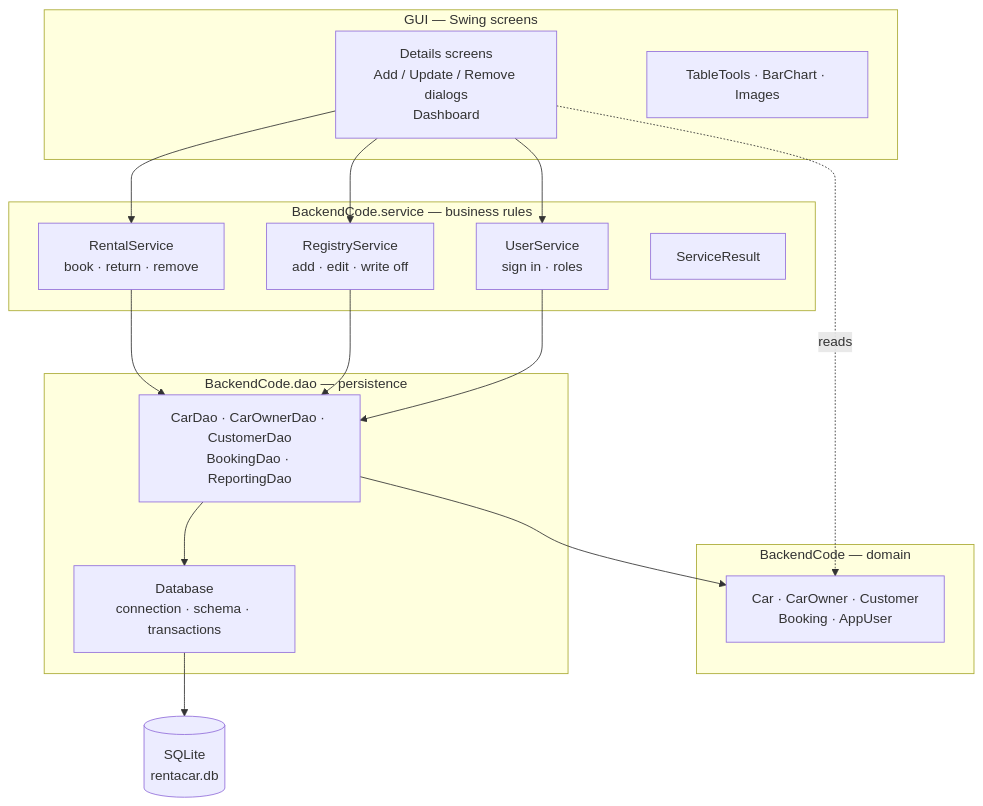
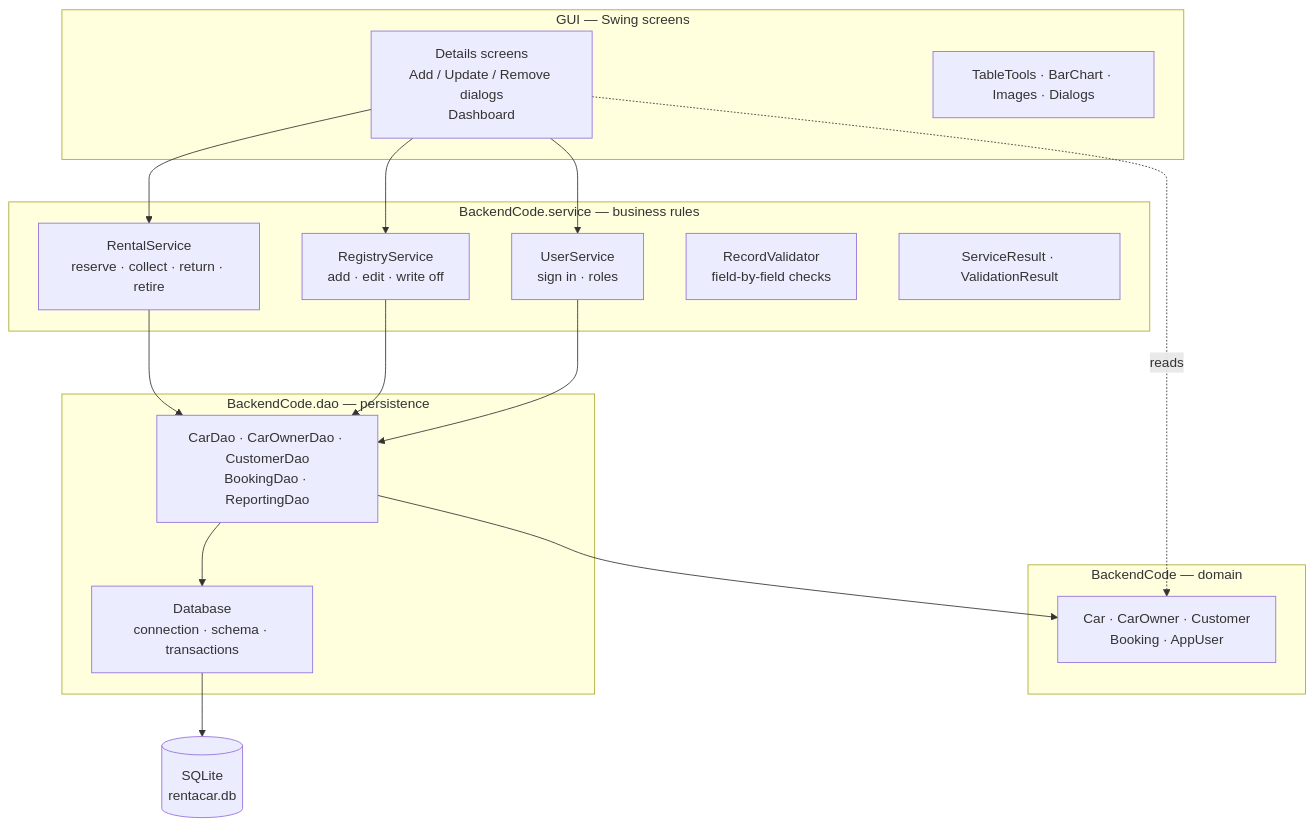
One commit to Barath-Grama/rent-a-car-management-system changed the diagram in README.md. Above: the diagram before and after it, drawn with Mermaid. The commit also changed other lines of this file and 24 other files, not shown here.

````diff
--- a/README.md
+++ b/README.md
@@ -63,36 +63,37 @@
 ```mermaid
 flowchart TD
     subgraph ui["GUI — Swing screens"]
         screens["Details screens<br/>Add / Update / Remove dialogs<br/>Dashboard"]
-        tools["TableTools · BarChart · Images"]
+        tools["TableTools · BarChart · Images · Dialogs"]
     end
 
     subgraph svc["BackendCode.service — business rules"]
-        rental["RentalService<br/>book · return · remove"]
+        rental["RentalService<br/>reserve · collect · return · retire"]
         registry["RegistryService<br/>add · edit · write off"]
         users["UserService<br/>sign in · roles"]
-        result["ServiceResult"]
+        valid["RecordValidator<br/>field-by-field checks"]
+        result["ServiceResult · ValidationResult"]
     end
 
     subgraph model["BackendCode — domain"]
         domain["Car · CarOwner · Customer<br/>Booking · AppUser"]
     end
 
     subgraph data["BackendCode.dao — persistence"]
         daos["CarDao · CarOwnerDao · CustomerDao<br/>BookingDao · ReportingDao"]
         db["Database<br/>connection · schema · transactions"]
     end
 
     sqlite[("SQLite<br/>rentacar.db")]
 
     screens --> rental
     screens --> registry
     screens --> users
     rental --> daos
     registry --> daos
     users --> daos
     screens -.reads.-> domain
     daos --> domain
     daos --> db
     db --> sqlite
 ```
````
